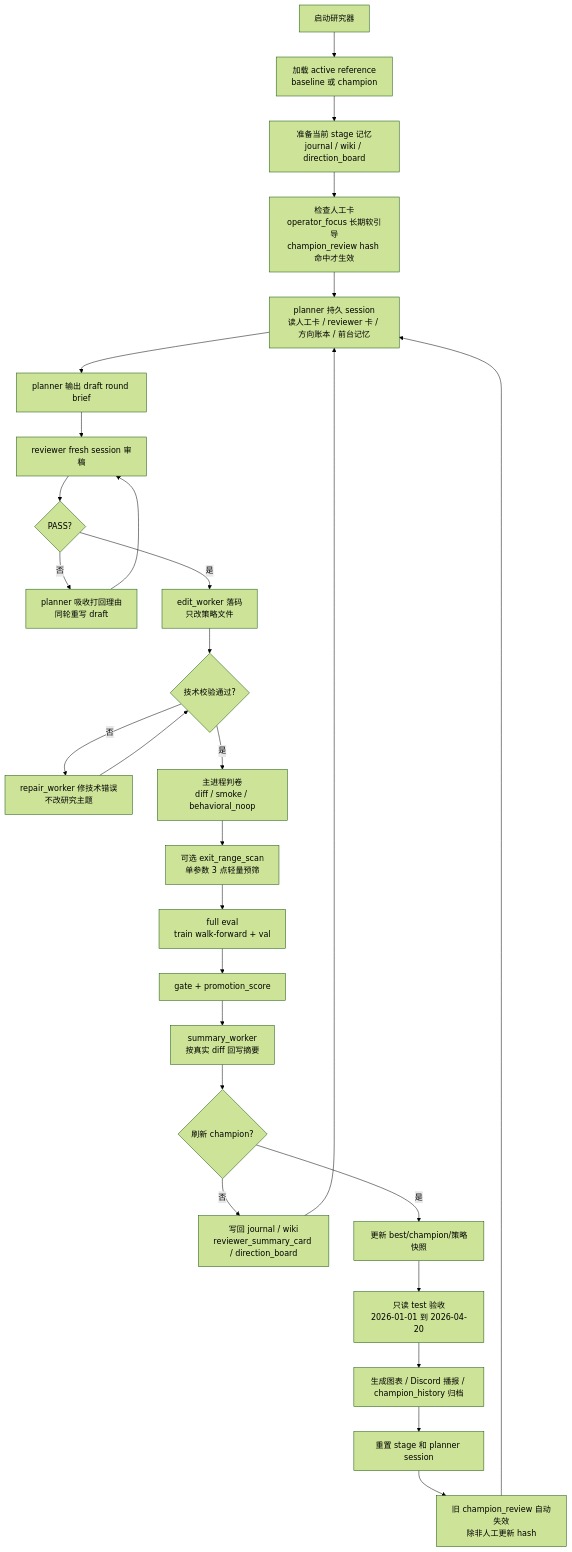
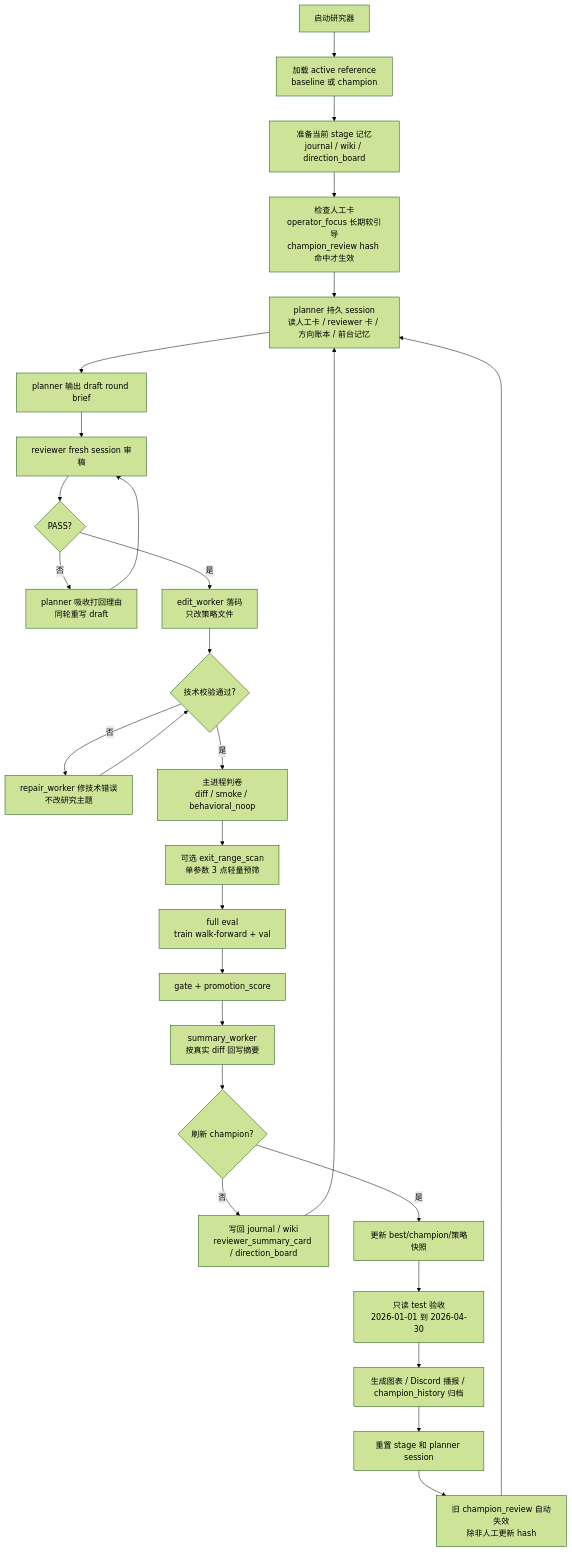
The diagram in docs/agent_subagent_workflow.md (398494308/Quant-AI-Research), drawn with Mermaid (forest theme) before and after one commit. The commit also changed other lines of this file and 8 other files, not shown here.

````diff
--- a/docs/agent_subagent_workflow.md
+++ b/docs/agent_subagent_workflow.md
@@ -7,36 +7,36 @@
 ```mermaid
 flowchart TB
     A[启动研究器] --> B[加载 active reference<br/>baseline 或 champion]
     B --> C[准备当前 stage 记忆<br/>journal / wiki / direction_board]
     C --> D[检查人工卡<br/>operator_focus 长期软引导<br/>champion_review hash 命中才生效]
 
     D --> E[planner 持久 session<br/>读人工卡 / reviewer 卡 / 方向账本 / 前台记忆]
     E --> F[planner 输出 draft round brief]
     F --> G[reviewer fresh session 审稿]
     G --> H{PASS?}
 
     H -- 否 --> I[planner 吸收打回理由<br/>同轮重写 draft]
     I --> G
 
     H -- 是 --> J[edit_worker 落码<br/>只改策略文件]
     J --> K{技术校验通过?}
     K -- 否 --> L[repair_worker 修技术错误<br/>不改研究主题]
     L --> K
 
     K -- 是 --> M[主进程判卷<br/>diff / smoke / behavioral_noop]
     M --> N[可选 exit_range_scan<br/>单参数 3 点轻量预筛]
     N --> O[full eval<br/>train walk-forward + val]
     O --> Q[gate + promotion_score]
     Q --> R[summary_worker<br/>按真实 diff 回写摘要]
     R --> S{刷新 champion?}
 
     S -- 否 --> T[写回 journal / wiki<br/>reviewer_summary_card / direction_board]
     T --> E
 
     S -- 是 --> U[更新 best/champion/策略快照]
-    U --> V[只读 test 验收<br/>2026-01-01 到 2026-04-20]
+    U --> V[只读 test 验收<br/>2026-01-01 到 2026-04-30]
     V --> W[生成图表 / Discord 播报 / champion_history 归档]
     W --> X[重置 stage 和 planner session]
     X --> Y[旧 champion_review 自动失效<br/>除非人工更新 hash]
     Y --> E
 ```
````
